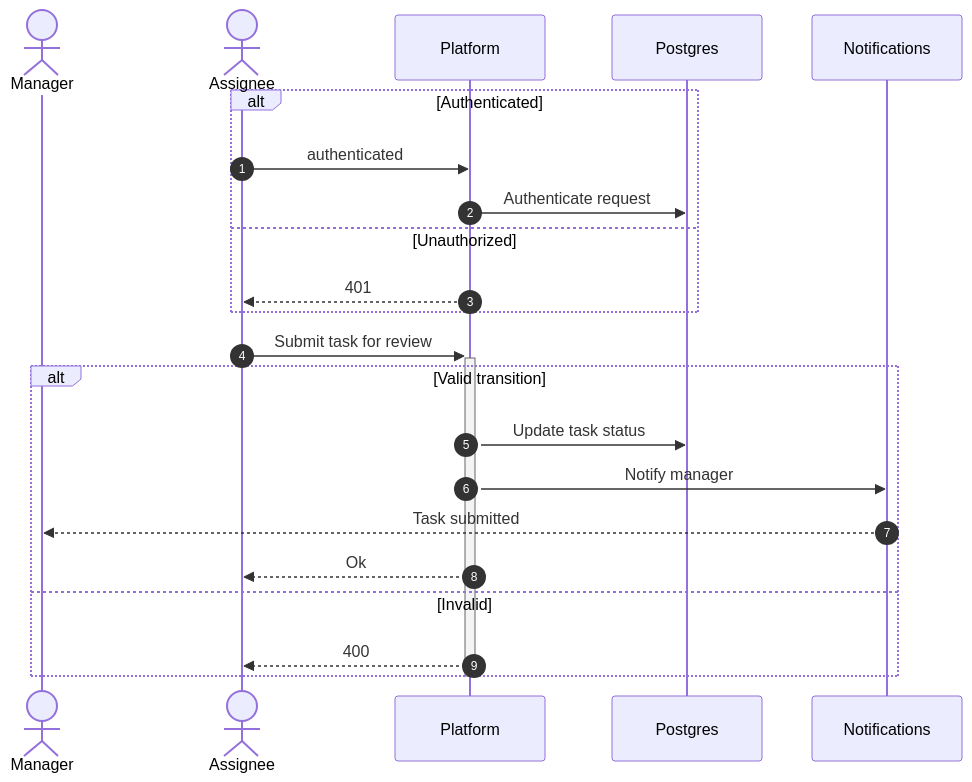
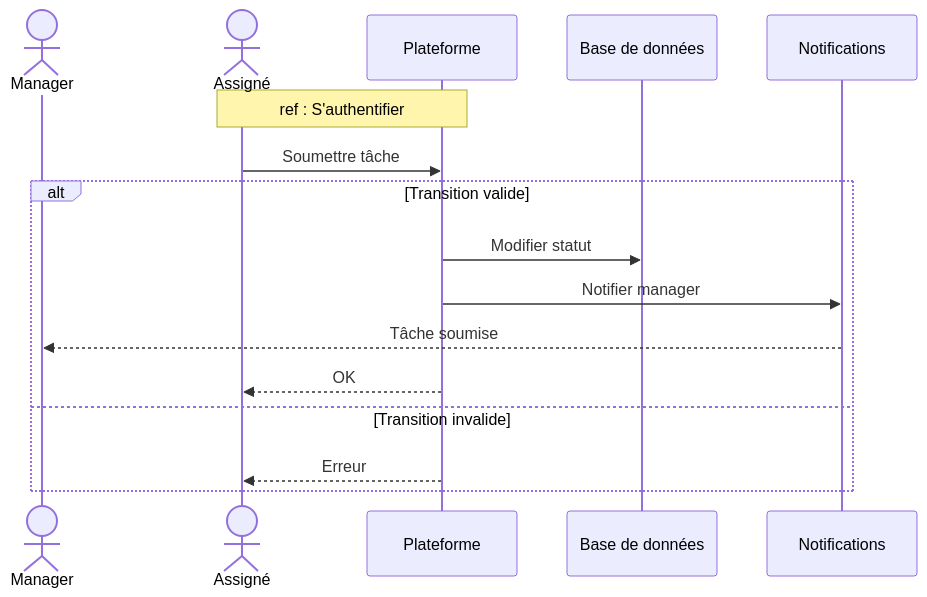
Diagram 12 of 16 in docs/SEQUENCE_DIAGRAMS.md (MohamedChebbi123/teamnest), drawn with Mermaid before and after one commit. The commit also changed other lines of this file, not shown here.

````diff
--- a/docs/SEQUENCE_DIAGRAMS.md
+++ b/docs/SEQUENCE_DIAGRAMS.md
@@ -429,27 +364,20 @@
 ```mermaid
 sequenceDiagram
-    autonumber
     actor Manager
-    actor Assignee
-    participant API as Platform
-    participant DB as Postgres
+    actor Assignee as Assigné
+    participant API as Plateforme
+    participant DB as Base de données
     participant Notif as Notifications
 
-    alt Authenticated
-        Assignee->>API: authenticated
-        API->>DB: Authenticate request
-    else Unauthorized
-        API-->>Assignee: 401
+    Note over Assignee,API: ref : S'authentifier
+
+    Assignee->>API: Soumettre tâche
+    alt Transition valide
+        API->>DB: Modifier statut
+        API->>Notif: Notifier manager
+        Notif-->>Manager: Tâche soumise
+        API-->>Assignee: OK
+    else Transition invalide
+        API-->>Assignee: Erreur
     end
-
-    Assignee->>+API: Submit task for review
-    alt Valid transition
-        API->>DB: Update task status
-        API->>Notif: Notify manager
-        Notif-->>Manager: Task submitted
-        API-->>Assignee: Ok
-    else Invalid
-        API-->>Assignee: 400
-    end
-    deactivate API
 ```
````
